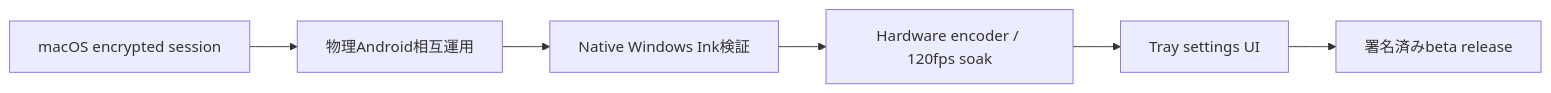
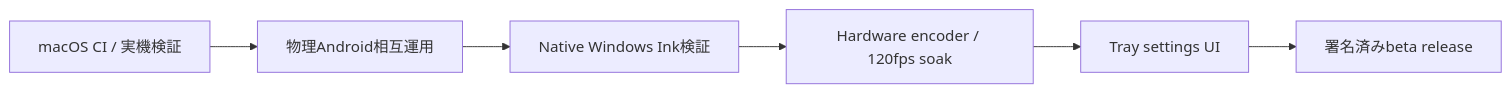
Before and after one commit to lingmulongtai/GlyphRay: the fifth of 5 diagrams in README.ja.md, drawn with Mermaid. The commit also changed other lines of this file and 60 other files, not shown here.

````diff
--- a/README.ja.md
+++ b/README.ja.md
@@ -313,8 +320,8 @@
 ```mermaid
 flowchart LR
-  A["macOS encrypted session"] --> B["物理Android相互運用"]
+  A["macOS CI / 実機検証"] --> B["物理Android相互運用"]
   B --> C["Native Windows Ink検証"]
   C --> D["Hardware encoder / 120fps soak"]
   D --> E["Tray settings UI"]
   E --> F["署名済みbeta release"]
 ```
````
